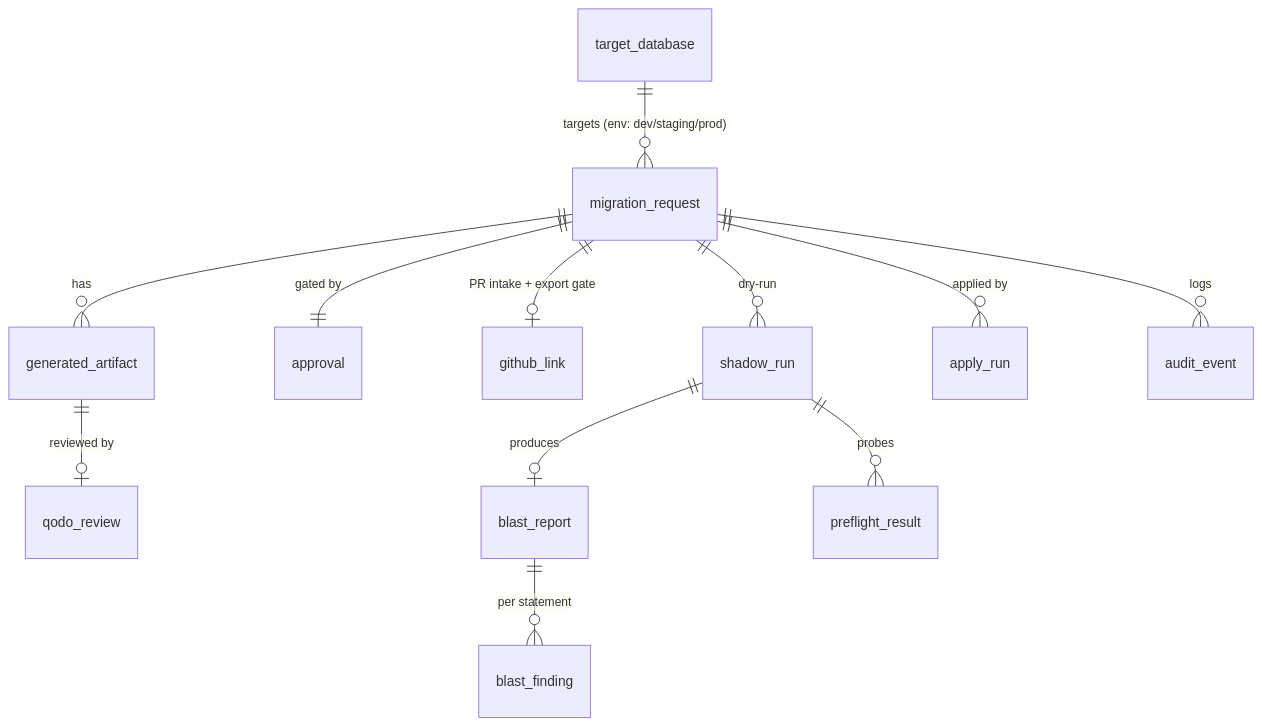
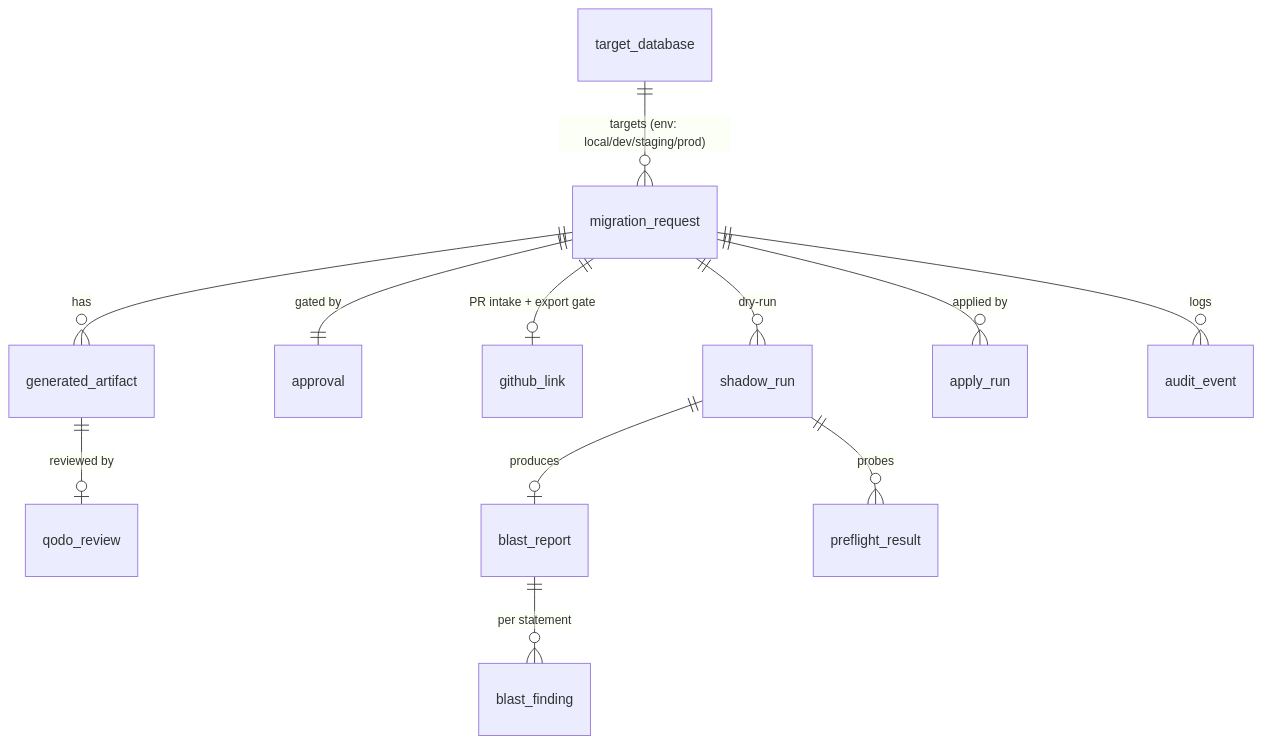
The third of 3 diagrams in README.md (SamChawla/migration-sentinel), drawn with Mermaid before and after one commit. The commit also changed other lines of this file and 1 other file, not shown here.

First line of the commit message:
docs: resolve Qodo review — export gate is conditional; local rung; honest verdict

````diff
--- a/README.md
+++ b/README.md
@@ -197,14 +199,14 @@
 ```mermaid
 erDiagram
-    target_database ||--o{ migration_request : "targets (env: dev/staging/prod)"
+    target_database ||--o{ migration_request : "targets (env: local/dev/staging/prod)"
     migration_request ||--o{ generated_artifact : has
     migration_request ||--|| approval : "gated by"
     migration_request ||--o| github_link : "PR intake + export gate"
     migration_request ||--o{ shadow_run : "dry-run"
     migration_request ||--o{ apply_run : "applied by"
     migration_request ||--o{ audit_event : logs
     generated_artifact ||--o| qodo_review : "reviewed by"
     shadow_run ||--o| blast_report : produces
     shadow_run ||--o{ preflight_result : probes
     blast_report ||--o{ blast_finding : "per statement"
 ```
````
